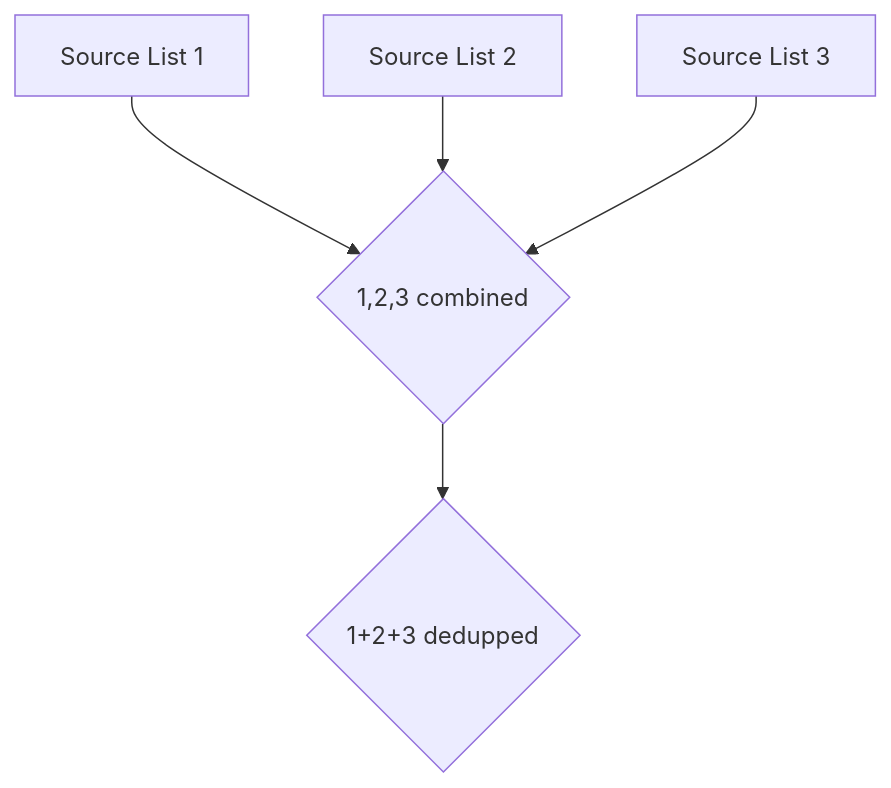
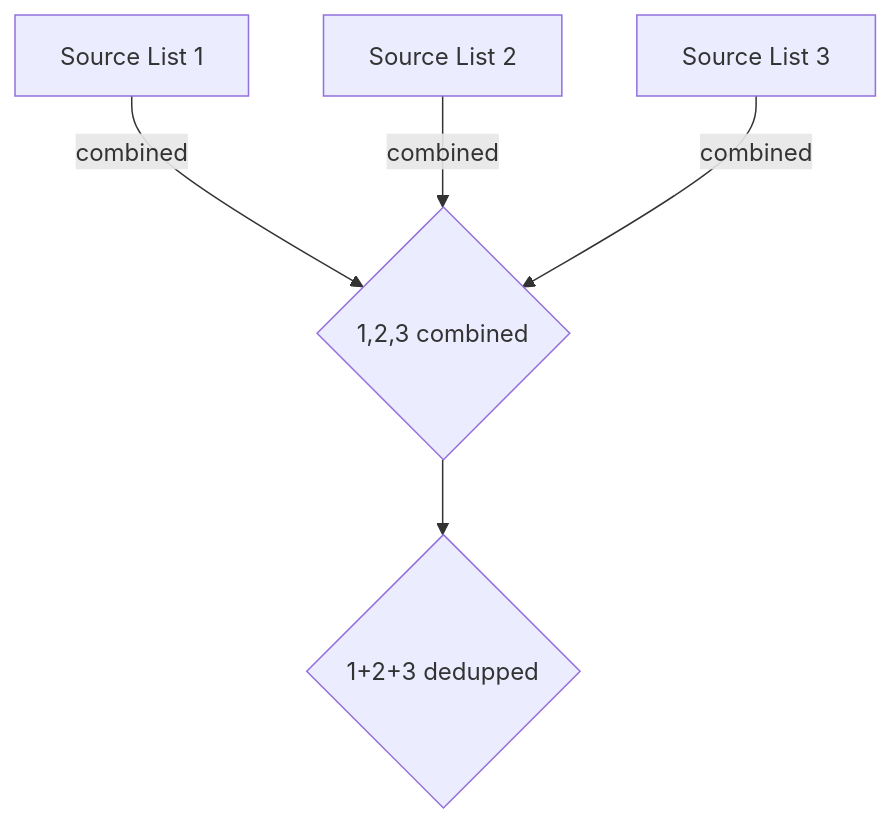
One commit to GSA/site-scanning-documentation changed the first of 2 diagrams in about/project-management/diagrams/index-creation.md. Above: the diagram before and after it, drawn with Mermaid.

Commit message:
Update diagram connections to use 'combined' label

````diff
--- a/about/project-management/diagrams/index-creation.md
+++ b/about/project-management/diagrams/index-creation.md
@@ -3,7 +3,7 @@
 ```mermaid
 graph TD;
-    A[Source List 1]-->D{1,2,3 combined};
-    B[Source List 2]-->D{1,2,3 combined};
-    C[Source List 3]-->D{1,2,3 combined};
+    A[Source List 1]-- combined -->D{1,2,3 combined};
+    B[Source List 2]-- combined -->D{1,2,3 combined};
+    C[Source List 3]-- combined -->D{1,2,3 combined};
     D-->E{1+2+3 dedupped};
 ```
````
